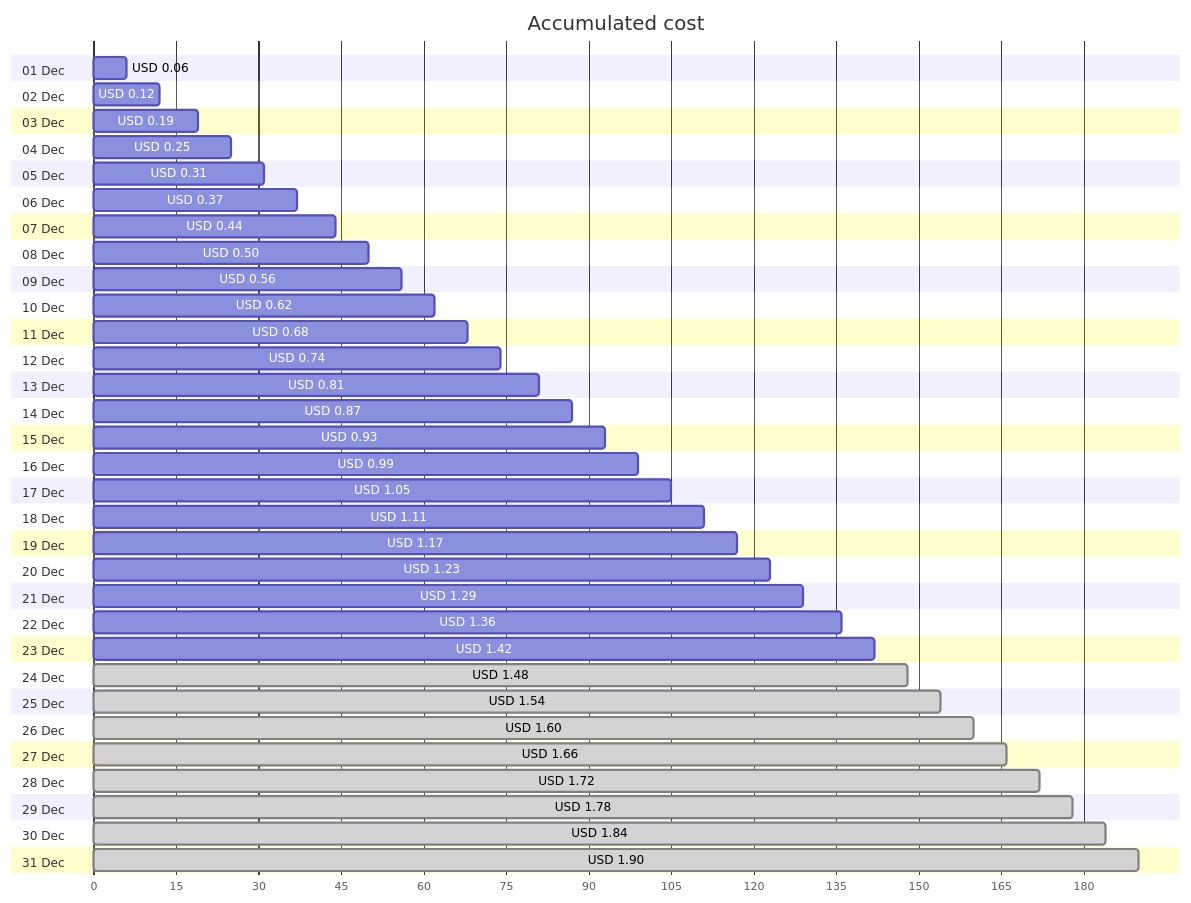
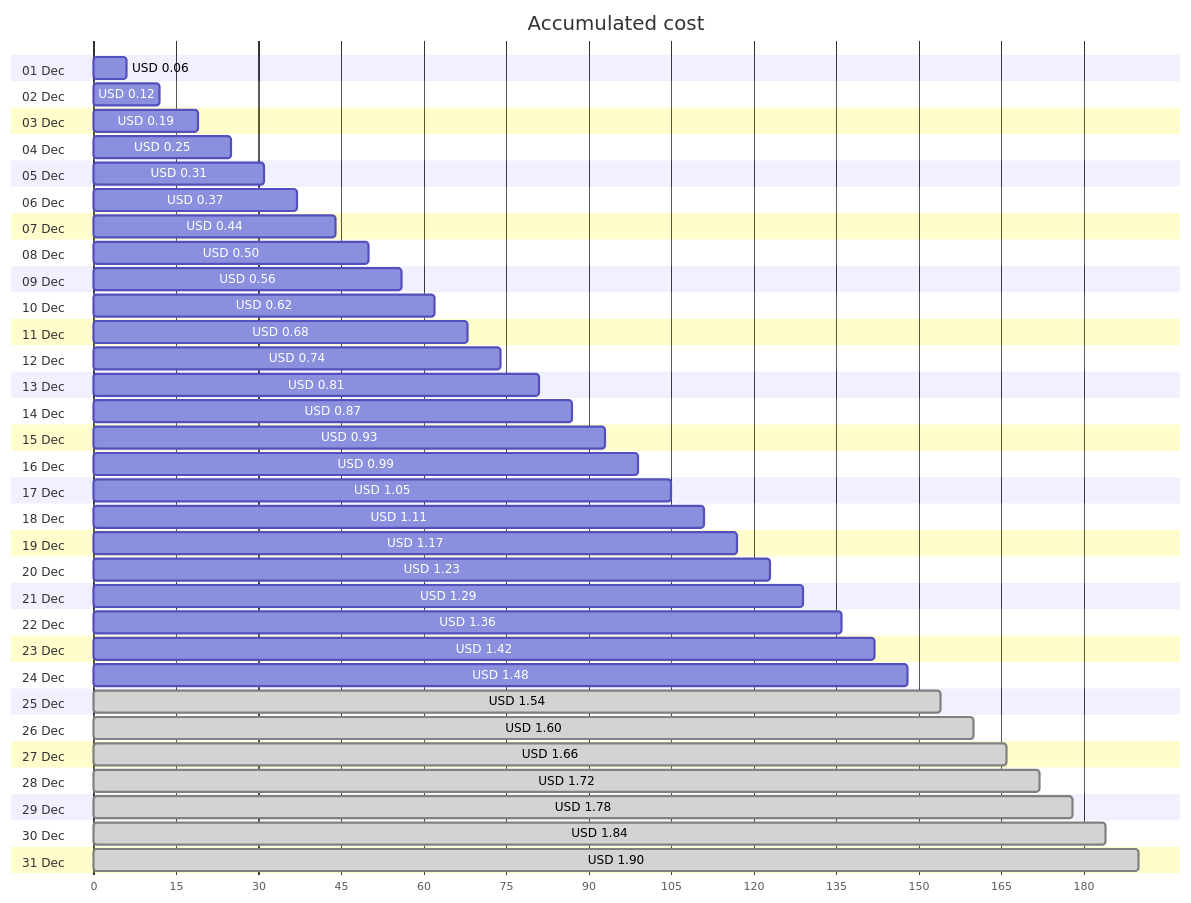
The first of 4 diagrams in cost-reports/personal-network/backup-server_OsDisk.md (jpfulton/azure-personal-reports), drawn with Mermaid before and after one commit. The commit also changed other lines of this file and 8 other files, not shown here.

````diff
--- a/cost-reports/personal-network/backup-server_OsDisk.md
+++ b/cost-reports/personal-network/backup-server_OsDisk.md
@@ -20,68 +20,68 @@
 ```mermaid
 gantt
    title Accumulated cost
    dateFormat  X
    axisFormat %s
    section 01 Dec
    USD 0.06 :0, 6
    section 02 Dec
    USD 0.12 :0, 12
    section 03 Dec
    USD 0.19 :0, 19
    section 04 Dec
    USD 0.25 :0, 25
    section 05 Dec
    USD 0.31 :0, 31
    section 06 Dec
    USD 0.37 :0, 37
    section 07 Dec
    USD 0.44 :0, 44
    section 08 Dec
    USD 0.50 :0, 50
    section 09 Dec
    USD 0.56 :0, 56
    section 10 Dec
    USD 0.62 :0, 62
    section 11 Dec
    USD 0.68 :0, 68
    section 12 Dec
    USD 0.74 :0, 74
    section 13 Dec
    USD 0.81 :0, 81
    section 14 Dec
    USD 0.87 :0, 87
    section 15 Dec
    USD 0.93 :0, 93
    section 16 Dec
    USD 0.99 :0, 99
    section 17 Dec
    USD 1.05 :0, 105
    section 18 Dec
    USD 1.11 :0, 111
    section 19 Dec
    USD 1.17 :0, 117
    section 20 Dec
    USD 1.23 :0, 123
    section 21 Dec
    USD 1.29 :0, 129
    section 22 Dec
    USD 1.36 :0, 136
    section 23 Dec
    USD 1.42 :0, 142
    section 24 Dec
-   USD 1.48 : done, 0, 148
+   USD 1.48 :0, 148
    section 25 Dec
    USD 1.54 : done, 0, 154
    section 26 Dec
    USD 1.60 : done, 0, 160
    section 27 Dec
    USD 1.66 : done, 0, 166
    section 28 Dec
    USD 1.72 : done, 0, 172
    section 29 Dec
    USD 1.78 : done, 0, 178
    section 30 Dec
    USD 1.84 : done, 0, 184
    section 31 Dec
    USD 1.90 : done, 0, 190
 ```
````
